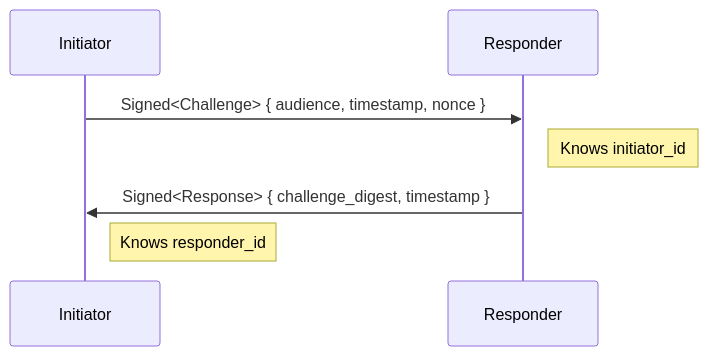
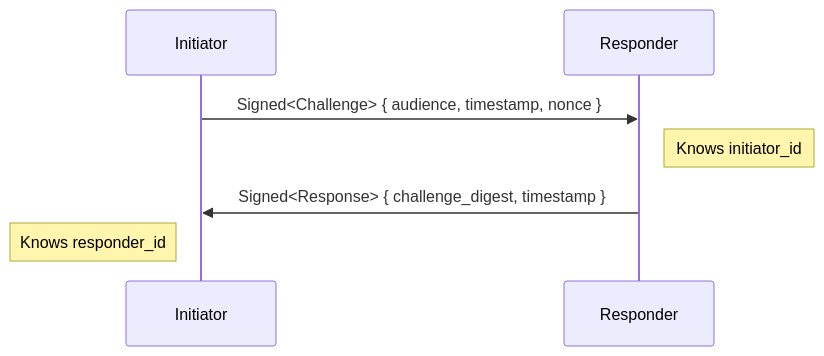
The first of 4 diagrams in design/handshake.md (inkandswitch/subduction), drawn with Mermaid before and after one commit. The commit also changed other lines of this file, not shown here.

Commit message:
improive diagrams

````diff
--- a/design/handshake.md
+++ b/design/handshake.md
@@ -12,10 +12,10 @@
 ```mermaid
 sequenceDiagram
     participant I as Initiator
     participant R as Responder
 
     I->>R: Signed<Challenge> { audience, timestamp, nonce }
     Note right of R: Knows initiator_id
     R->>I: Signed<Response> { challenge_digest, timestamp }
-    Note right of I: Knows responder_id
+    Note left of I: Knows responder_id
 ```
````
